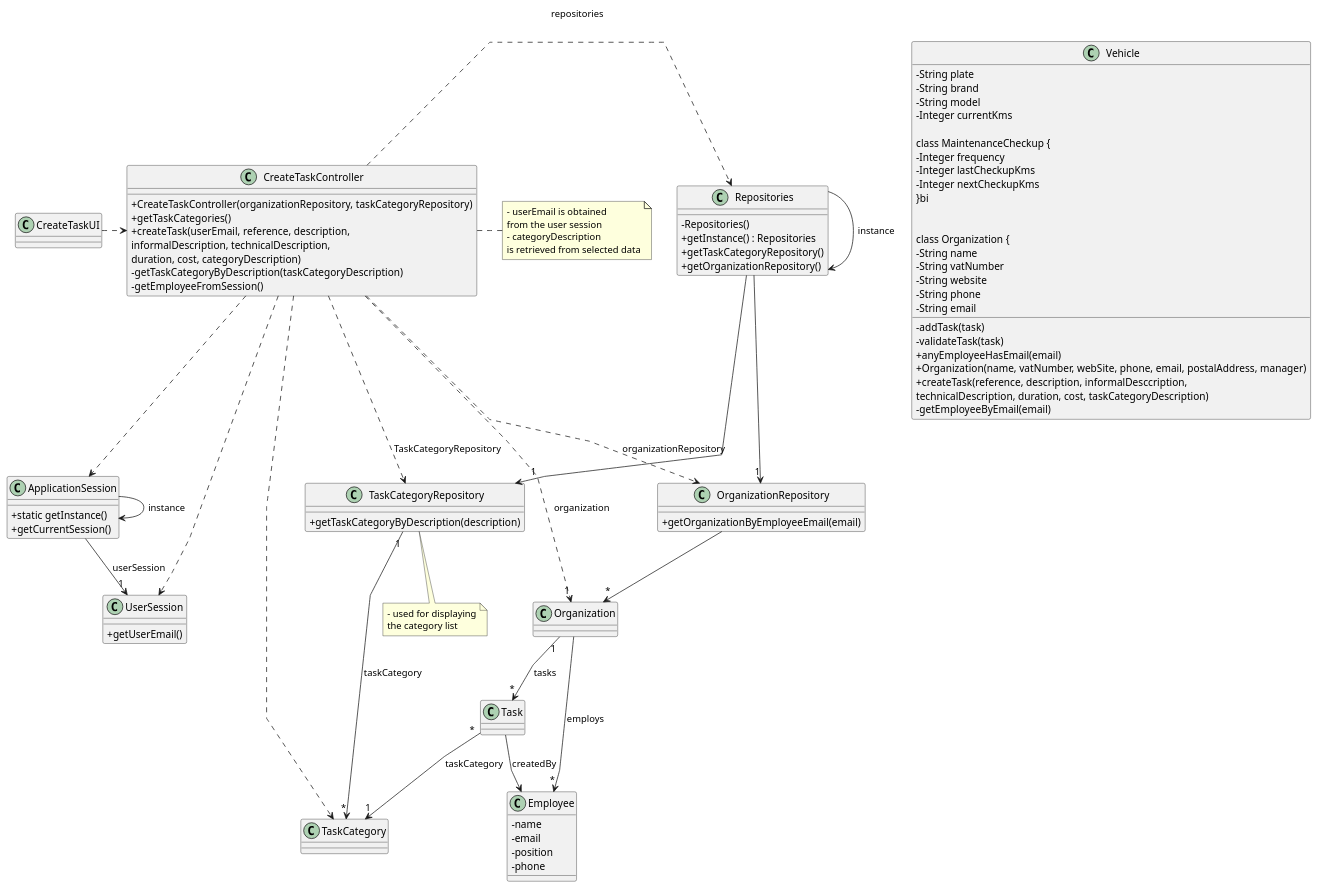
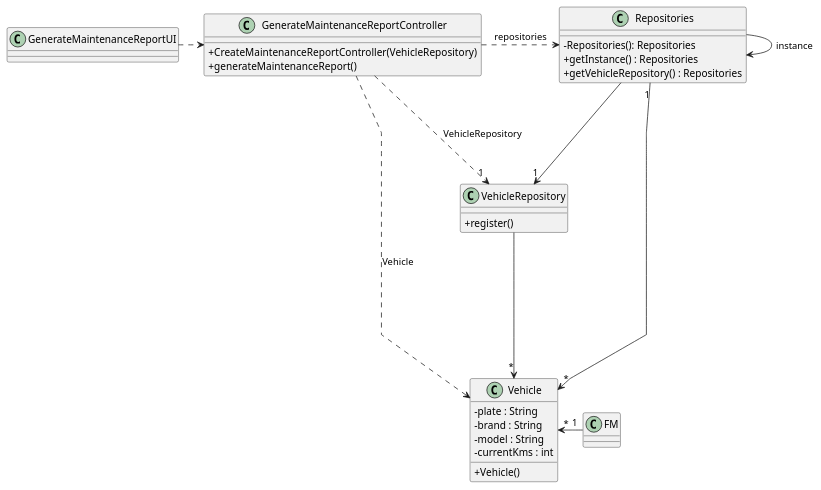
The diagram in docs/sprintB/us008/03.design/puml/us008-class-diagram.puml (Departamento-de-Engenharia-Informatica/lei-24-s2-1dkl-g134), drawn with PlantUML before and after one commit.

Commit message:
US008 Sequence Diagram  (Design)

```diff
--- a/docs/sprintB/us008/03.design/puml/us008-class-diagram.puml
+++ b/docs/sprintB/us008/03.design/puml/us008-class-diagram.puml
@@ -1,126 +1,53 @@
 @startuml
 'skinparam monochrome true
 skinparam packageStyle rectangle
 skinparam shadowing false
 skinparam linetype polyline
 'skinparam linetype orto
 
 skinparam classAttributeIconSize 0
 
 'left to right direction
 
-class ApplicationSession
-{
-    + static getInstance()
-    + getCurrentSession()
+class GenerateMaintenanceReportUI{
 }
 
-class UserSession
-{
-    + getUserEmail()
+
+class GenerateMaintenanceReportController{
+   +CreateMaintenanceReportController(VehicleRepository)
+     +generateMaintenanceReport()
+ }
+
+class Repositories {
+    - Repositories(): Repositories
+    + getInstance() : Repositories
+    + getVehicleRepository() : Repositories
 }
 
-class Employee {
-    - name
-    - email
-    - position
-    - phone
+
+class VehicleRepository {
+    + register()
+
 }
 
-class Vehicle {
-    - String plate
-    - String brand
-    - String model
-    - Integer currentKms
-
-class MaintenanceCheckup {
-    - Integer frequency
-    - Integer lastCheckupKms
-    - Integer nextCheckupKms
-}bi
-
-
-class Organization {
-    - String name
-    - String vatNumber
-    - String website
-    - String phone
-    - String email
-
-    - addTask(task)
-    - validateTask(task)
-    + anyEmployeeHasEmail(email)
-    + Organization(name, vatNumber, webSite, phone, email, postalAddress, manager)
-    + createTask(reference, description, informalDesccription,\ntechnicalDescription, duration, cost, taskCategoryDescription)
-    - getEmployeeByEmail(email)
-
-'  +saveTask(task)
+class  Vehicle{
+   -plate : String
+       -brand : String
+       -model : String
+       -currentKms : int
+       +Vehicle()
 }
 
-class TaskCategoryRepository {
-    + getTaskCategoryByDescription(description)
+class FM{
 }
+GenerateMaintenanceReportUI .>  GenerateMaintenanceReportController
+ GenerateMaintenanceReportController ...r> Repositories : repositories
+Repositories ---> "1" VehicleRepository
+Repositories -> Repositories : instance
+Repositories "1" --> "*" Vehicle
 
-class OrganizationRepository {
-    + getOrganizationByEmployeeEmail(email)
-}
-
-class Repositories {
-    - Repositories()
-    + getInstance() : Repositories
-    + getTaskCategoryRepository()
-    + getOrganizationRepository()
-}
-
-class CreateTaskController {
-    + CreateTaskController(organizationRepository, taskCategoryRepository)
-    + getTaskCategories()
-    + createTask(userEmail, reference, description,\ninformalDescription, technicalDescription,\nduration, cost, categoryDescription)
-    - getTaskCategoryByDescription(taskCategoryDescription)
-    - getEmployeeFromSession()
-}
-
-note right of CreateTaskController
-    - userEmail is obtained
-    from the user session
-    - categoryDescription
-    is retrieved from selected data
-end note
-
-note bottom of TaskCategoryRepository
-    - used for displaying
-    the category list
-end note
-
-class CreateTaskUI {
-}
-
-Repositories -> Repositories : instance
-ApplicationSession -> ApplicationSession : instance
-
-CreateTaskUI .> CreateTaskController
-
-CreateTaskController .> Repositories : repositories
-
-Repositories -> "1" TaskCategoryRepository
-
-CreateTaskController ..> TaskCategory
-CreateTaskController ..> OrganizationRepository : organizationRepository
-CreateTaskController ..> TaskCategoryRepository : TaskCategoryRepository
-
-Repositories --> "1" OrganizationRepository
-
-OrganizationRepository --> "*" Organization
-ApplicationSession --> "1" UserSession : userSession
-
-CreateTaskController ..> "1" Organization : organization
-CreateTaskController ..> ApplicationSession
-CreateTaskController ..> UserSession
-Task "*" --> "1" TaskCategory : taskCategory
-TaskCategoryRepository "1" --> "*" TaskCategory : taskCategory
-Organization "1" --> "*" Task : tasks
-Task --> Employee : createdBy
-
-Organization --> "*" Employee : employs
-
+VehicleRepository --> "*" Vehicle
+FM "1" -l-> "*" Vehicle
+ GenerateMaintenanceReportController ......>  Vehicle : Vehicle
+ GenerateMaintenanceReportController ...> "1" VehicleRepository : VehicleRepository
 @enduml
```
